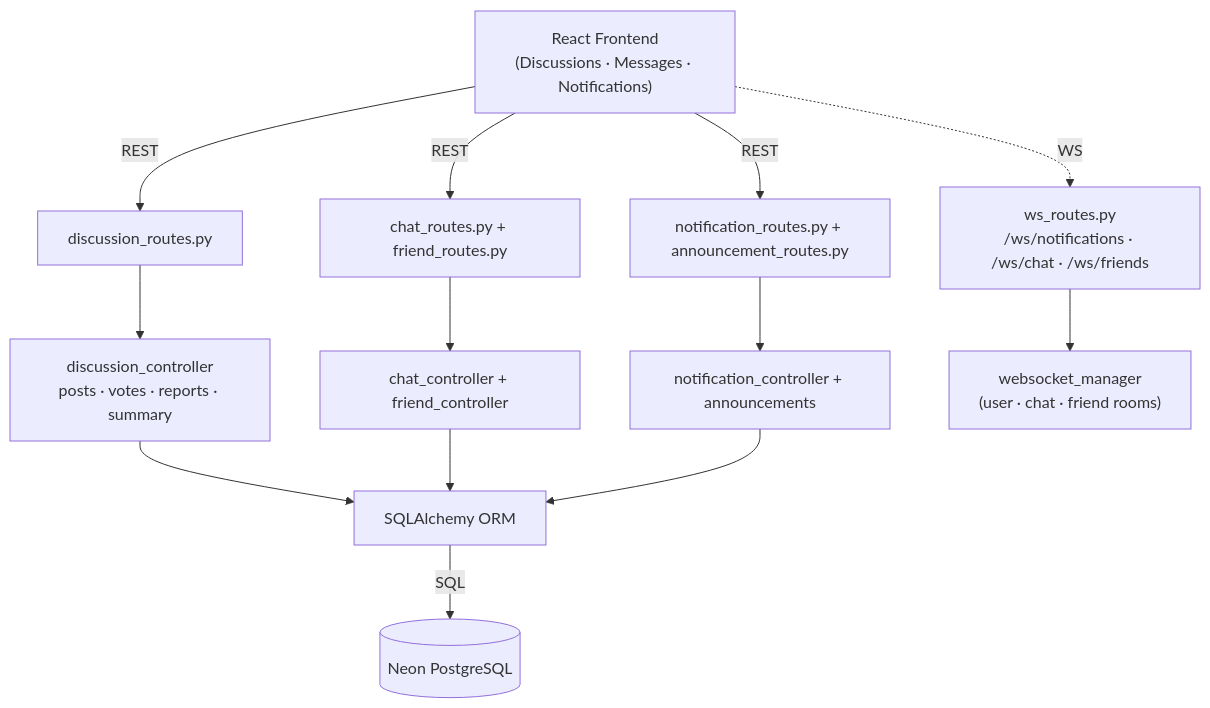
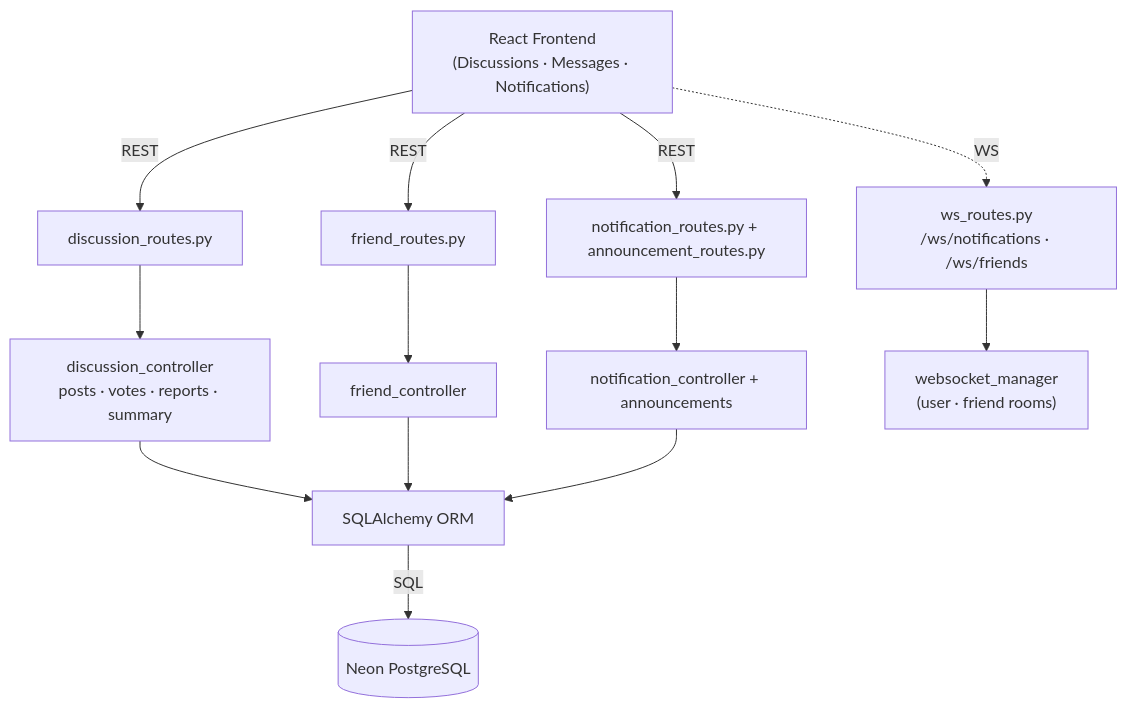
One commit to yazidha09/Hub4Learners changed the first of 5 diagrams in docs/sprints/SPRINT_5.md. Above: the diagram before and after it, drawn with Mermaid. The commit also changed other lines of this file and 15 other files, not shown here.

````diff
--- a/docs/sprints/SPRINT_5.md
+++ b/docs/sprints/SPRINT_5.md
@@ -61,15 +52,15 @@
 ```mermaid
 graph TD
     A["React Frontend<br/>(Discussions · Messages · Notifications)"] -->|REST| B["discussion_routes.py"]
-    A -->|REST| C["chat_routes.py + friend_routes.py"]
+    A -->|REST| C["friend_routes.py"]
     A -->|REST| D["notification_routes.py + announcement_routes.py"]
-    A -. WS .-> E["ws_routes.py<br/>/ws/notifications · /ws/chat · /ws/friends"]
+    A -. WS .-> E["ws_routes.py<br/>/ws/notifications · /ws/friends"]
     B --> F["discussion_controller<br/>posts · votes · reports · summary"]
-    C --> G["chat_controller + friend_controller"]
+    C --> G["friend_controller"]
     D --> H["notification_controller + announcements"]
-    E --> I["websocket_manager<br/>(user · chat · friend rooms)"]
+    E --> I["websocket_manager<br/>(user · friend rooms)"]
     F --> J["SQLAlchemy ORM"]
     G --> J
     H --> J
     J -->|SQL| K[(Neon PostgreSQL)]
 ```
````
